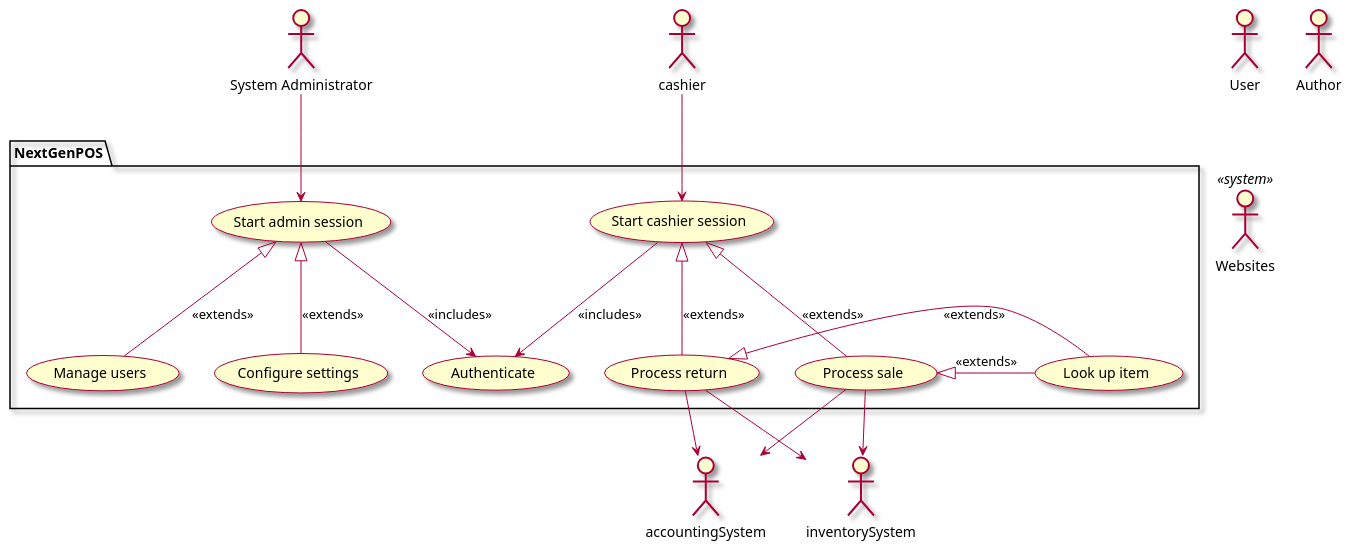
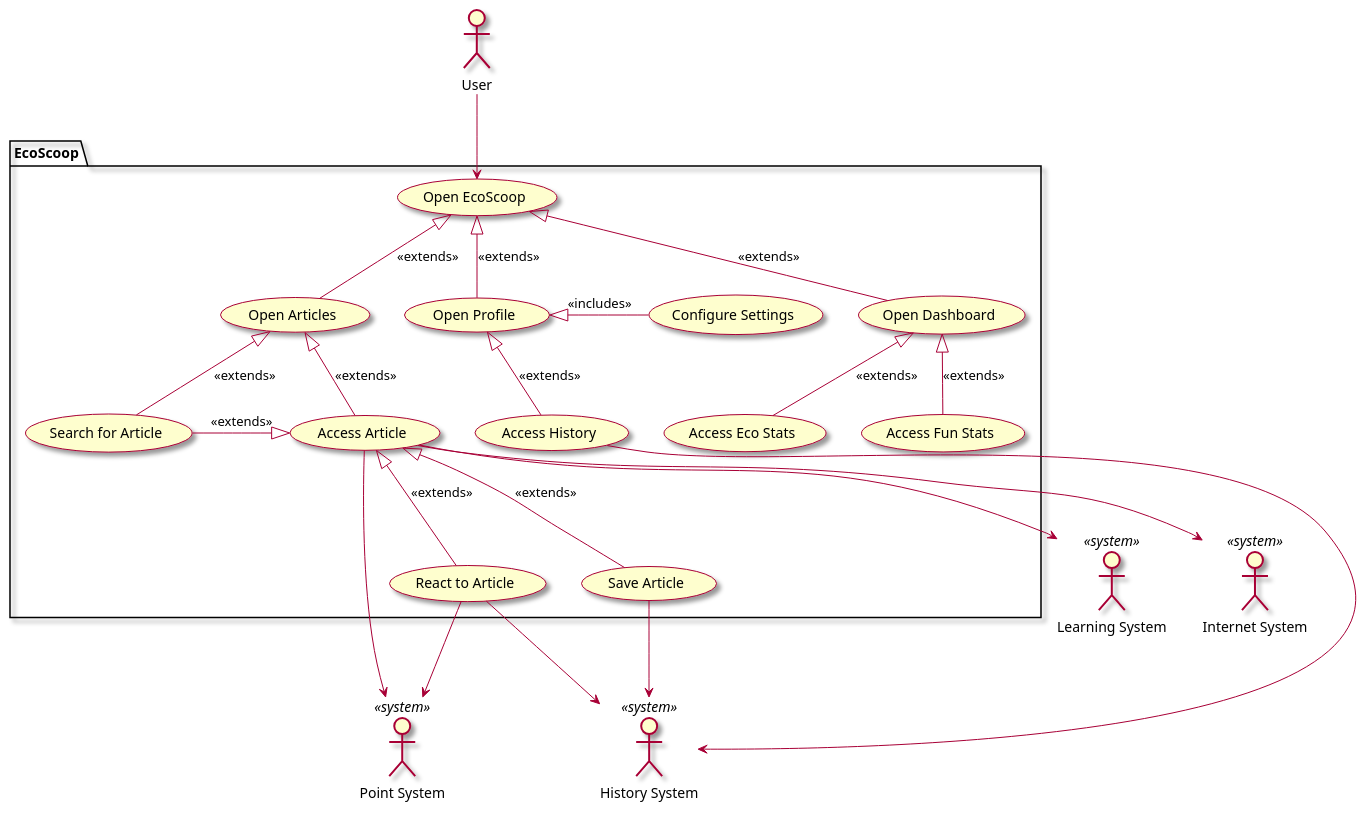
The diagram in intellij/doc/vision.md (owhitleym-ui/EcoScoop), drawn with PlantUML before and after one commit. The commit also changed other lines of this file and 2 other files, not shown here.

Commit message:
Updated vision.md and glossary.md. Added use case search-article.md

````diff
--- a/intellij/doc/vision.md
+++ b/intellij/doc/vision.md
@@ -31,47 +28,60 @@
 ```plantuml
 @startuml
 skin rose
 
-' human actors
-actor "System Administrator" as admin
+'human actors
 actor "User" as user
-actor "Author" as author
 
-' system actors
-actor "Websites" <<system>> as website
+'system actors
+actor "Point System" <<system>> as pointSystem
+actor "History System" <<system>> as historySystem
+actor "Internet System" <<system>> as internetSystem
+actor "Learning System" <<system>> as learningSystem
 
 ' list all use cases in package
-package NextGenPOS{
-    usecase "Authenticate" as authenticate
-    usecase "Start admin session" as administerSystem
-    usecase "Start cashier session" as startCashierSession
-    
-    usecase "Manage users" as manageUsers
-    usecase "Configure settings" as configureSettings
-    usecase "Process sale" as processSale
-    usecase "Process return" as processReturn
-    usecase "Look up item" as lookUpItem
+package EcoScoop{
+    usecase "Open EcoScoop" as openEcoscoop
+    usecase "Open Articles" as openArticles
+    usecase "Access Article" as accessArticle
+    usecase "Search for Article" as searchArticle
+    usecase "React to Article" as reactArticle
+    usecase "Save Article" as saveArticle
+    usecase "Open Profile" as openProfile
+    usecase "Configure Settings" as changeSettings
+    usecase "Access History" as accessHistory
+    usecase "Open Dashboard" as openDashboard
+    usecase "Access Eco Stats" as accessEcoStats
+    usecase "Access Fun Stats" as accessFunStats
 }
 
-' list relationships between actors and use cases
-admin --> administerSystem
-cashier --> startCashierSession
+'list associations
+user --> openEcoscoop
 
-startCashierSession --> authenticate : <<includes>>
-administerSystem --> authenticate : <<includes>>
-administerSystem <|-- manageUsers : <<extends>>
-administerSystem <|-- configureSettings : <<extends>>
+openEcoscoop <|-down- openArticles : <<extends>>
+openEcoscoop <|-down- openProfile : <<extends>>
+openEcoscoop <|-down- openDashboard : <<extends>>
 
-processSale <|-right- lookUpItem : <<extends>>
-processReturn <|-left- lookUpItem : <<extends>>
+openArticles <|-down- accessArticle : <<extends>>
+openArticles <|-down- searchArticle : <<extends>>
 
-startCashierSession <|-- processSale : <<extends>>
-startCashierSession <|-- processReturn : <<extends>>
+accessArticle <|-right- searchArticle : <<extends>>
+accessArticle <|-down- reactArticle : <<extends>>
+accessArticle <|-down- saveArticle : <<extends>>
 
-' system actors
-processSale --> accountingSystem
-processSale --> inventorySystem
-processReturn --> accountingSystem
-processReturn --> inventorySystem
+accessArticle --> pointSystem
+accessArticle --> internetSystem
+accessArticle --> learningSystem
+reactArticle --> pointSystem
+reactArticle --> historySystem
+saveArticle --> historySystem
+
+openProfile <|-down- accessHistory : <<extends>>
+openProfile <|-right- changeSettings : <<includes>>
+
+accessHistory --> historySystem 
+
+openDashboard <|-down- accessEcoStats : <<extends>>
+openDashboard <|-down- accessFunStats : <<extends>>
+
 @enduml
 ```
````
